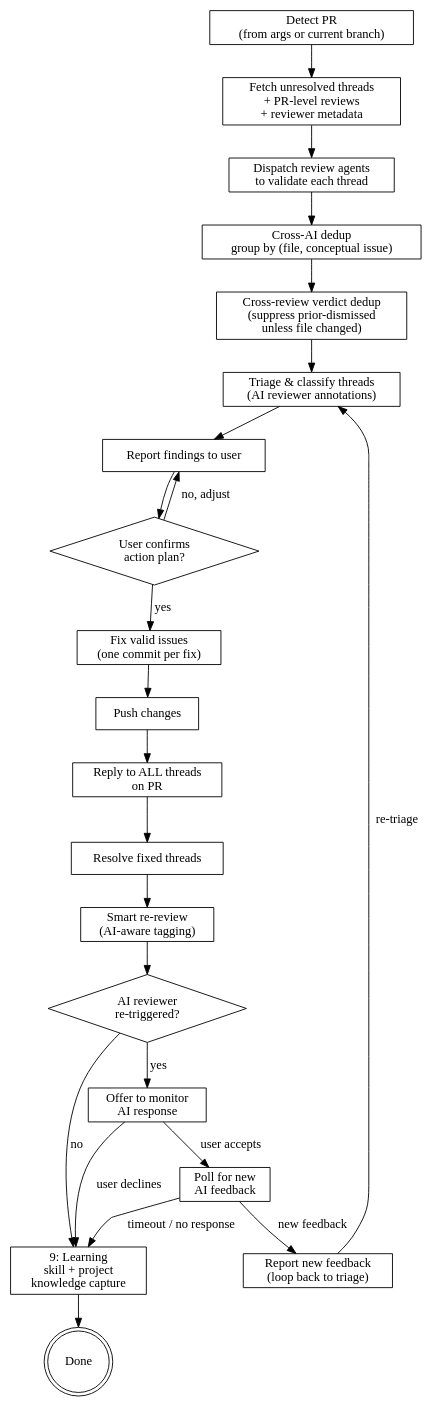
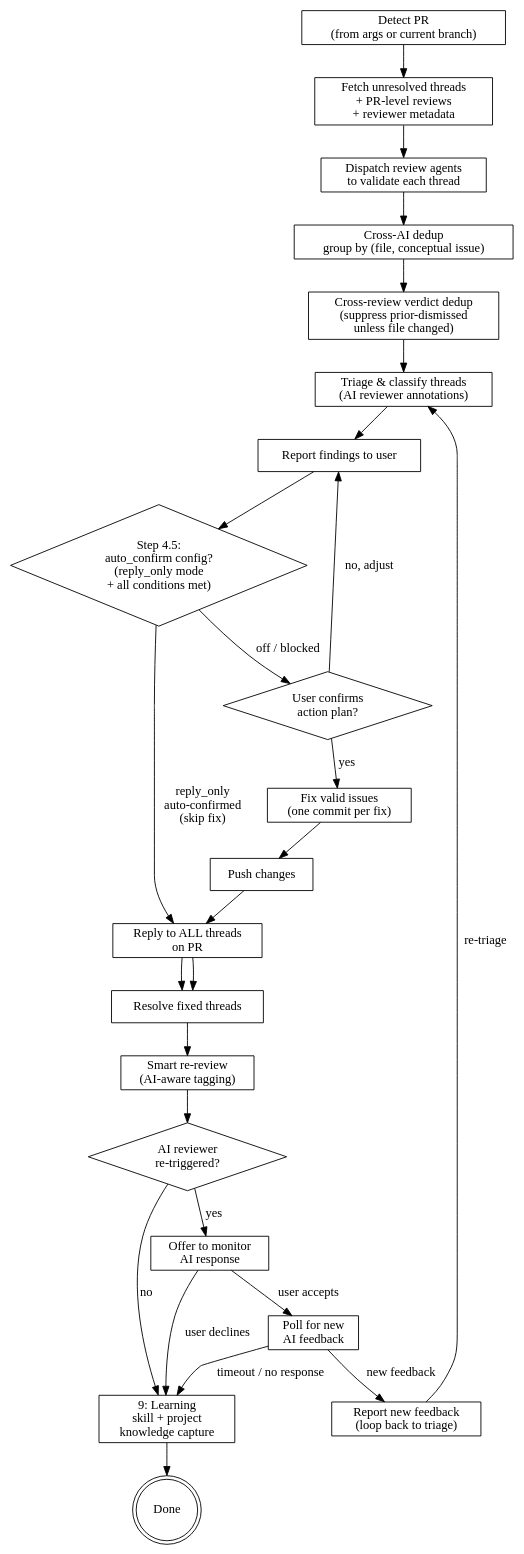
The diagram in kc-pr-flow/skills/kc-pr-review-resolve/SKILL.md (iamcxa/kc-claude-plugins), drawn with Graphviz before and after one commit. The commit also changed other lines of this file and 1 other file, not shown here.

Commit message:
fix(kc-pr-flow): address Copilot review on PR #23 (3 doc findings)
I1 (SKILL.md condition 3): explicit reply-count formula
  total = (inline thread replies) + (PR-level review replies); cap ≤ 10

I2 (SKILL.md DOT diagram): added auto_confirm_check diamond node between
  report and confirm. Edges: off/blocked → confirm; reply_only auto-confirmed
  → reply (skip fix+push). reply now feeds resolve_threads directly when
  auto-confirmed.

I3 (CLAUDE.md Configuration): added explicit Resolution precedence section
  (workflow README frontmatter → project CLAUDE.md block → unset). Cross-
  references SKILL.md Step 4.5 for full semantics.

````diff
--- a/kc-pr-flow/skills/kc-pr-review-resolve/SKILL.md
+++ b/kc-pr-flow/skills/kc-pr-review-resolve/SKILL.md
@@ -25,53 +25,57 @@
 ```dot
 digraph resolve_pr {
   rankdir=TB;
   node [shape=box];
 
   detect [label="Detect PR\n(from args or current branch)"];
   fetch [label="Fetch unresolved threads\n+ PR-level reviews\n+ reviewer metadata"];
   validate [label="Dispatch review agents\nto validate each thread"];
   dedup [label="Cross-AI dedup\ngroup by (file, conceptual issue)"];
   verdict_dedup [label="Cross-review verdict dedup\n(suppress prior-dismissed\nunless file changed)"];
   triage [label="Triage & classify threads\n(AI reviewer annotations)"];
   report [label="Report findings to user"];
 
   node [shape=diamond];
+  auto_confirm_check [label="Step 4.5:\nauto_confirm config?\n(reply_only mode\n+ all conditions met)"];
   confirm [label="User confirms\naction plan?"];
 
   node [shape=box];
   fix [label="Fix valid issues\n(one commit per fix)"];
   push [label="Push changes"];
   reply [label="Reply to ALL threads\non PR"];
   resolve_threads [label="Resolve fixed threads"];
   rereview [label="Smart re-review\n(AI-aware tagging)"];
 
-  detect -> fetch -> validate -> dedup -> verdict_dedup -> triage -> report -> confirm;
+  detect -> fetch -> validate -> dedup -> verdict_dedup -> triage -> report -> auto_confirm_check;
+  auto_confirm_check -> confirm [label="off / blocked"];
+  auto_confirm_check -> reply [label="reply_only\nauto-confirmed\n(skip fix)"];
   confirm -> fix [label="yes"];
   confirm -> report [label="no, adjust"];
   fix -> push -> reply -> resolve_threads -> rereview;
+  reply -> resolve_threads;
 
   node [shape=diamond];
   has_ai [label="AI reviewer\nre-triggered?"];
 
   node [shape=box];
   offer_monitor [label="Offer to monitor\nAI response"];
   monitor [label="Poll for new\nAI feedback"];
   report_new [label="Report new feedback\n(loop back to triage)"];
 
   learning [label="9: Learning\nskill + project\nknowledge capture"];
 
   node [shape=doublecircle];
   end_node [label="Done"];
 
   rereview -> has_ai;
   has_ai -> offer_monitor [label="yes"];
   has_ai -> learning [label="no"];
 
   offer_monitor -> monitor [label="user accepts"];
   offer_monitor -> learning [label="user declines"];
   monitor -> report_new [label="new feedback"];
   monitor -> learning [label="timeout / no response"];
   report_new -> triage [label="re-triage"];
   learning -> end_node;
 }
 ```
````
